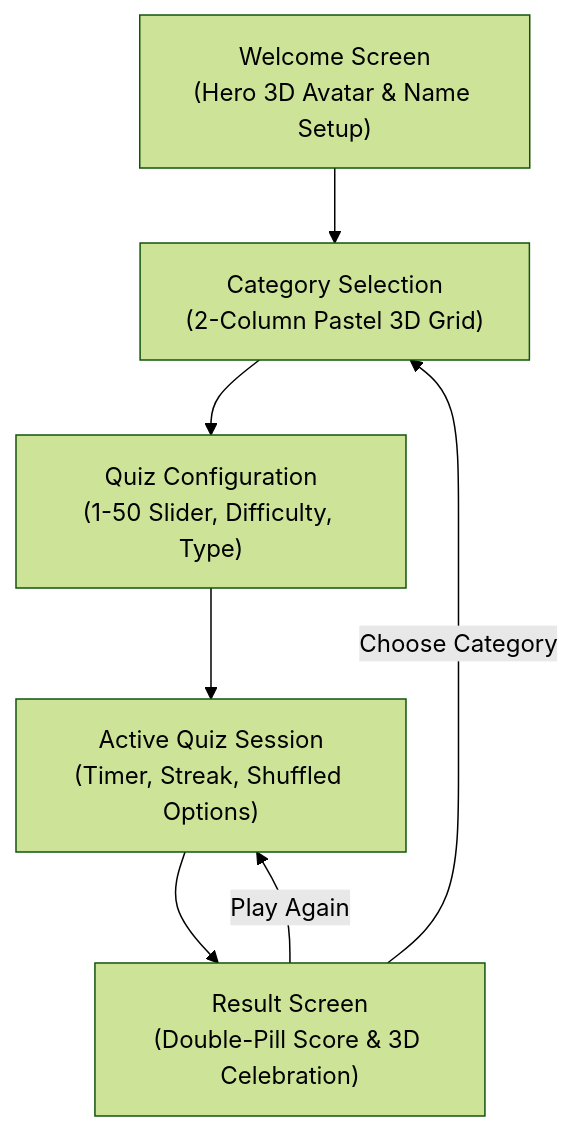
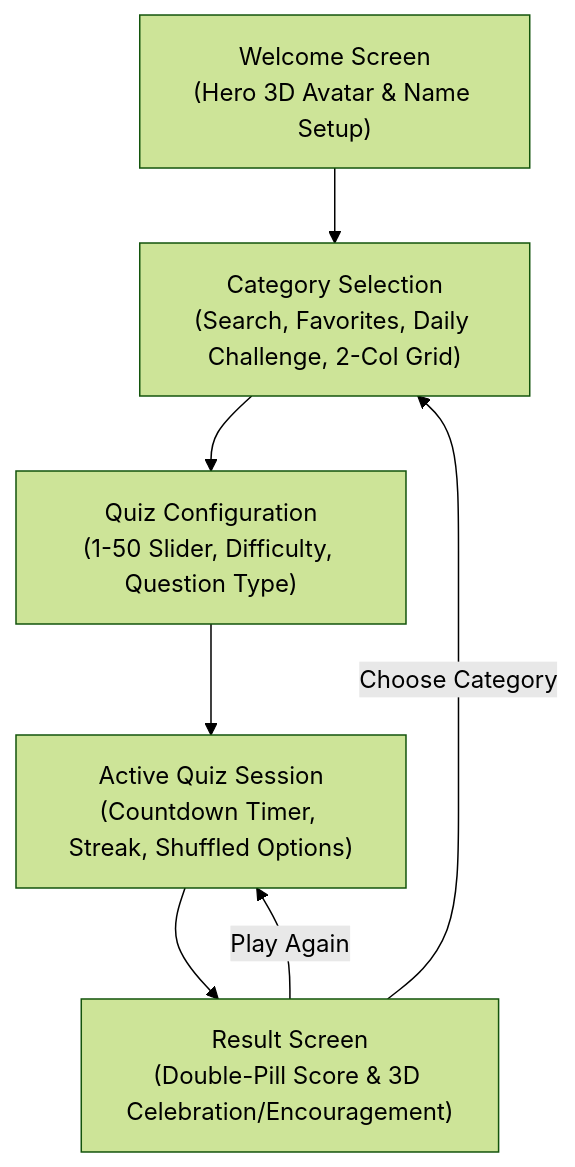
The diagram in README.md (SOURAVcse9/quizzical-flutter-app), drawn with Mermaid (forest theme) before and after one commit. The commit also changed other lines of this file and 1 other file, not shown here.

````diff
--- a/README.md
+++ b/README.md
@@ -58,9 +99,9 @@
 ```mermaid
 flowchart TD
-    A["Welcome Screen\n(Hero 3D Avatar & Name Setup)"] --> B["Category Selection\n(2-Column Pastel 3D Grid)"]
-    B --> C["Quiz Configuration\n(1-50 Slider, Difficulty, Type)"]
-    C --> D["Active Quiz Session\n(Timer, Streak, Shuffled Options)"]
-    D --> E["Result Screen\n(Double-Pill Score & 3D Celebration)"]
+    A["Welcome Screen\n(Hero 3D Avatar & Name Setup)"] --> B["Category Selection\n(Search, Favorites, Daily Challenge, 2-Col Grid)"]
+    B --> C["Quiz Configuration\n(1-50 Slider, Difficulty, Question Type)"]
+    C --> D["Active Quiz Session\n(Countdown Timer, Streak, Shuffled Options)"]
+    D --> E["Result Screen\n(Double-Pill Score & 3D Celebration/Encouragement)"]
     E -->|"Play Again"| D
     E -->|"Choose Category"| B
 ```
````
